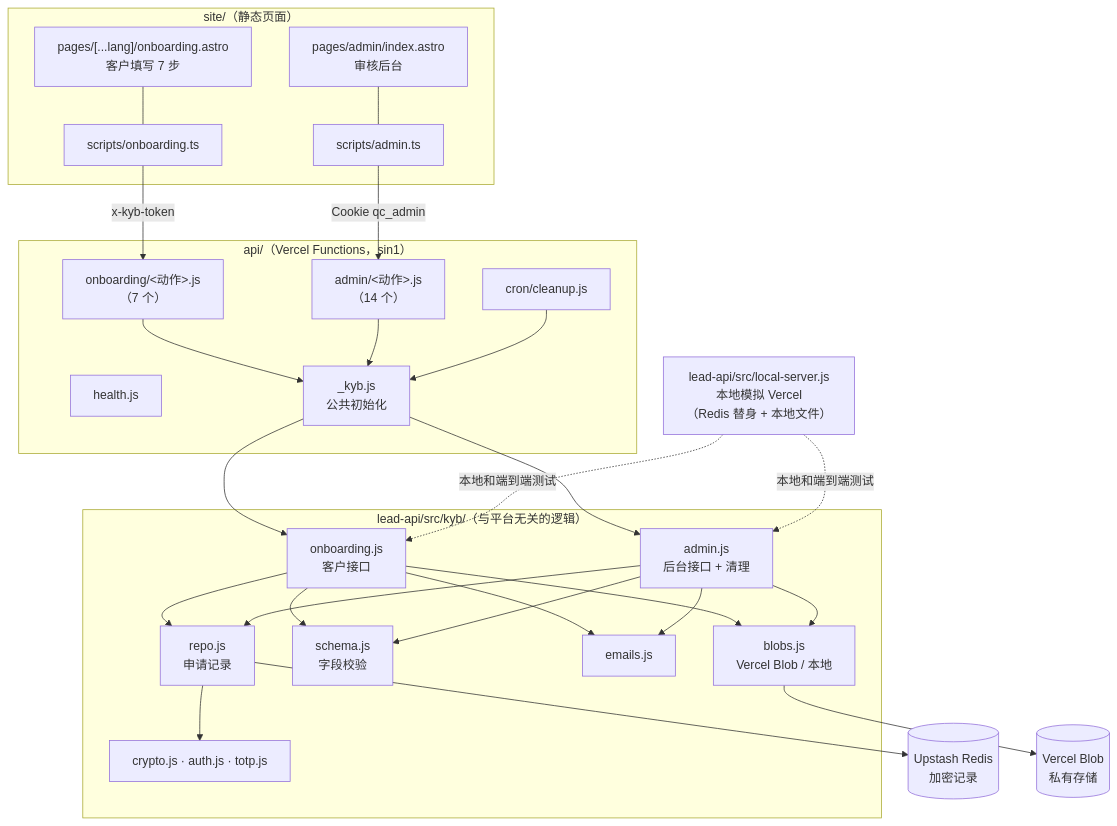
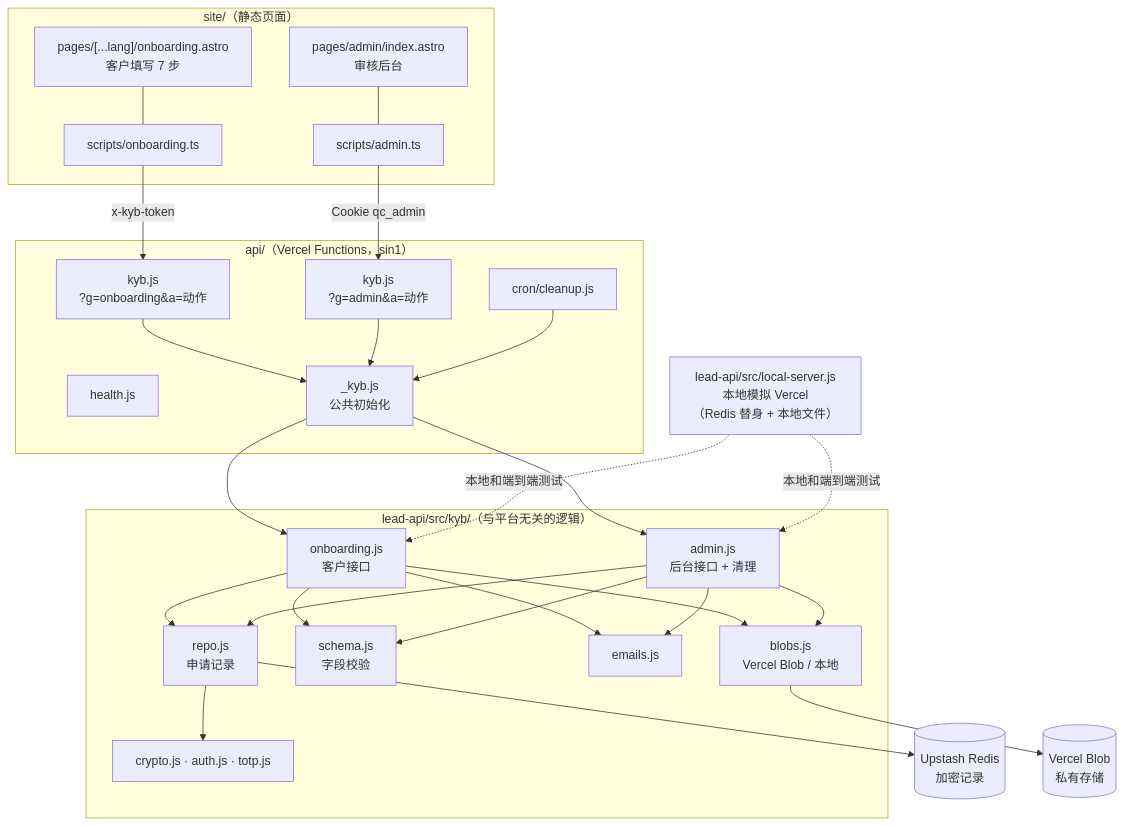
The first of 3 diagrams in 技术方案/v3-技术方案.md (dollar3651314/amos111), drawn with Mermaid before and after one commit. The commit also changed other lines of this file and 1 other file, not shown here.

Commit message:
文档：记录 BUG-K8，技术方案 v3.2
Claude-Session: https://claude.ai/code/session_01DqZbzoT18DBn5qNNenTfcq

````diff
--- a/技术方案/v3-技术方案.md
+++ b/技术方案/v3-技术方案.md
@@ -9,35 +9,35 @@
 ```mermaid
 flowchart TB
     subgraph SITE["site/（静态页面）"]
         OB["pages/[...lang]/onboarding.astro<br/>客户填写 7 步"]
         AD["pages/admin/index.astro<br/>审核后台"]
         SO["scripts/onboarding.ts"]
         SA["scripts/admin.ts"]
         OB --- SO
         AD --- SA
     end
     subgraph API["api/（Vercel Functions，sin1）"]
-        E1["onboarding/&lt;动作&gt;.js<br/>（7 个）"]
-        E2["admin/&lt;动作&gt;.js<br/>（14 个）"]
+        E1["kyb.js<br/>?g=onboarding&amp;a=动作"]
+        E2["kyb.js<br/>?g=admin&amp;a=动作"]
         E3["cron/cleanup.js"]
         E4["health.js"]
         K["_kyb.js<br/>公共初始化"]
     end
     subgraph CORE["lead-api/src/kyb/（与平台无关的逻辑）"]
         H1["onboarding.js<br/>客户接口"]
         H2["admin.js<br/>后台接口 + 清理"]
         R["repo.js<br/>申请记录"]
         S["schema.js<br/>字段校验"]
         C["crypto.js · auth.js · totp.js"]
         M["emails.js"]
         B["blobs.js<br/>Vercel Blob / 本地"]
     end
     SO -->|"x-kyb-token"| E1
     SA -->|"Cookie qc_admin"| E2
     E1 & E2 & E3 --> K --> H1 & H2
     H1 & H2 --> R & S & M & B
     R --> C
     R --> RD[("Upstash Redis<br/>加密记录")]
     B --> BL[("Vercel Blob<br/>私有存储")]
     LS["lead-api/src/local-server.js<br/>本地模拟 Vercel<br/>（Redis 替身 + 本地文件）"] -.->|"本地和端到端测试"| H1 & H2
 ```
````
